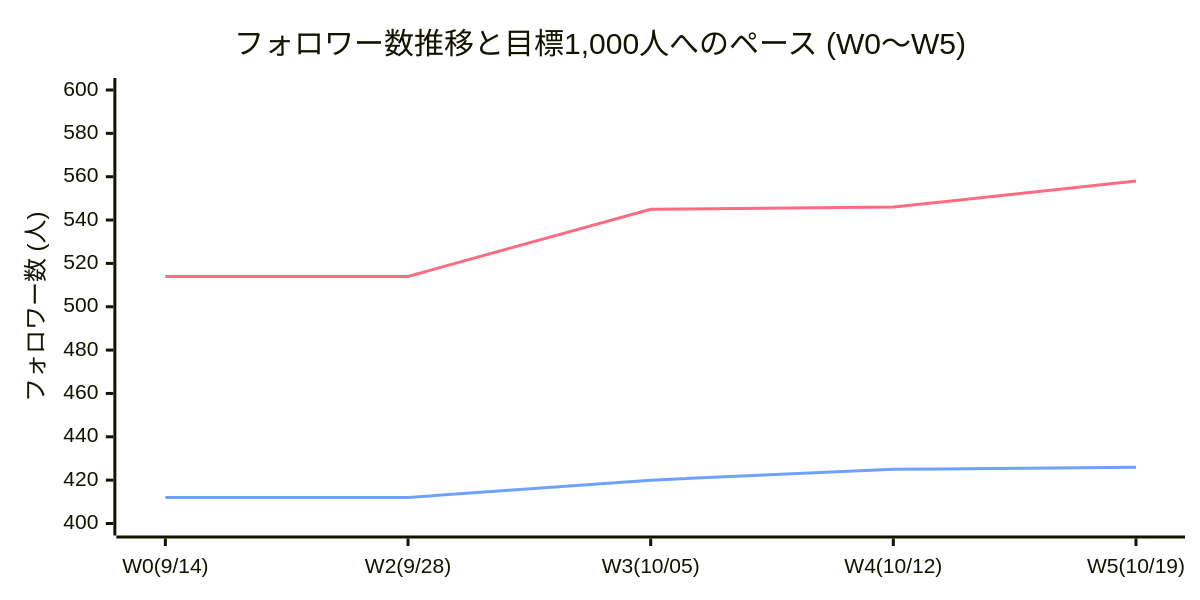
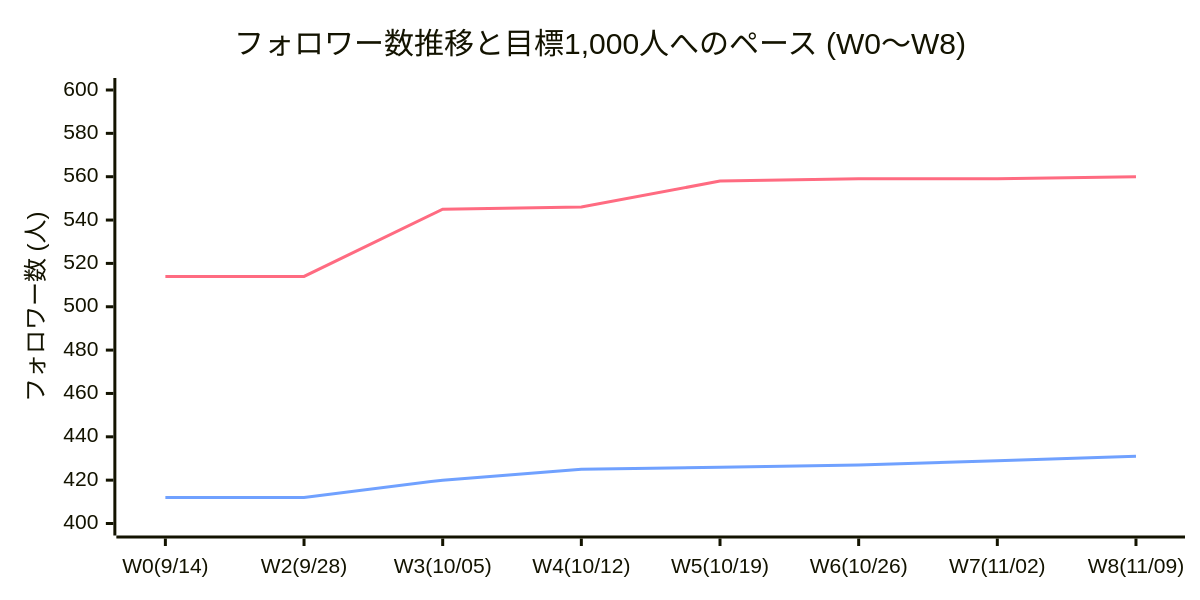
Before and after one commit to Riokkuma/veronica-growth-project: the first of 5 diagrams in reports/ALL_METRICS_GRAPH_REPORT.md, drawn with Mermaid. The commit also changed other lines of this file and 5 other files, not shown here.

````diff
--- a/reports/ALL_METRICS_GRAPH_REPORT.md
+++ b/reports/ALL_METRICS_GRAPH_REPORT.md
@@ -20,17 +20,17 @@
 ```mermaid
 ---
 config:
   xyChart:
     width: 780
     height: 380
   themeVariables:
     xyChart:
       plotColorPalette: "#ff6b81, #70a1ff, #2ed573"
 ---
 xychart-beta
-    title "フォロワー数推移と目標1,000人へのペース (W0〜W5)"
-    x-axis ["W0(9/14)", "W2(9/28)", "W3(10/05)", "W4(10/12)", "W5(10/19)"]
+    title "フォロワー数推移と目標1,000人へのペース (W0〜W8)"
+    x-axis ["W0(9/14)", "W2(9/28)", "W3(10/05)", "W4(10/12)", "W5(10/19)", "W6(10/26)", "W7(11/02)", "W8(11/09)"]
     y-axis "フォロワー数 (人)" 400 --> 600
-    line [514, 514, 545, 546, 558]
-    line [412, 412, 420, 425, 426]
+    line [514, 514, 545, 546, 558, 559, 559, 560]
+    line [412, 412, 420, 425, 426, 427, 429, 431]
 ```
````
